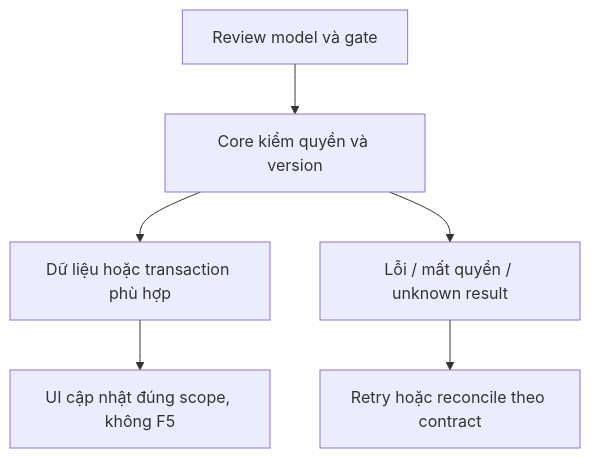
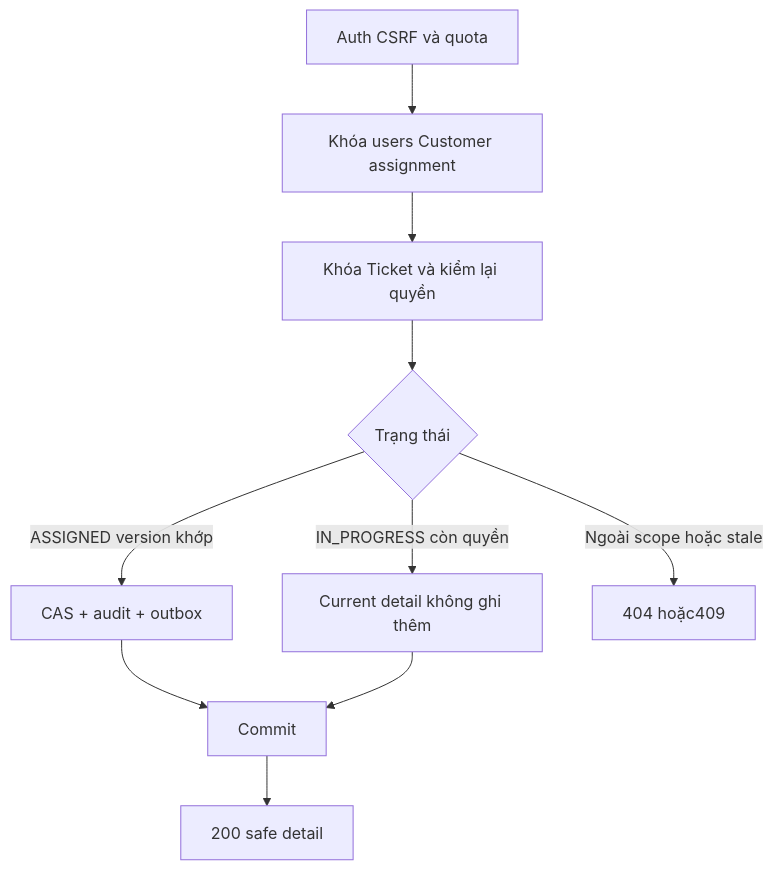
The diagram in docs/ui/staff/plans/tickets/03-accept-command.md (natuan05/LifeInsuranceAIAssistant), drawn with Mermaid before and after one commit. The commit also changed other lines of this file and 81 other files, not shown here.

Commit message:
feat(tickets): implement ticket data model, status transitions and staff management UI

````diff
--- a/docs/ui/staff/plans/tickets/03-accept-command.md
+++ b/docs/ui/staff/plans/tickets/03-accept-command.md
@@ -27,8 +48,12 @@
 ```mermaid
 flowchart TD
-  A[Review model và gate] --> B[Core kiểm quyền và version]
-  B --> C[Dữ liệu hoặc transaction phù hợp]
-  C --> D[UI cập nhật đúng scope, không F5]
-  B --> E[Lỗi / mất quyền / unknown result]
-  E --> F[Retry hoặc reconcile theo contract]
+  A[Auth CSRF và quota] --> B[Khóa users Customer assignment]
+  B --> C[Khóa Ticket và kiểm lại quyền]
+  C --> D{Trạng thái}
+  D -->|ASSIGNED version khớp| E[CAS + audit + outbox]
+  D -->|IN_PROGRESS còn quyền| F[Current detail không ghi thêm]
+  D -->|Ngoài scope hoặc stale| G[404 hoặc409]
+  E --> H[Commit]
+  F --> H
+  H --> I[200 safe detail]
 ```
````
